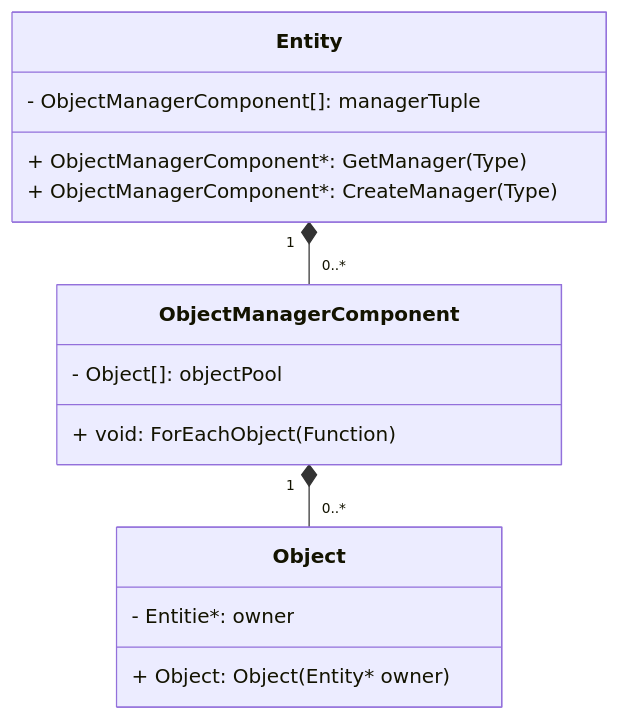
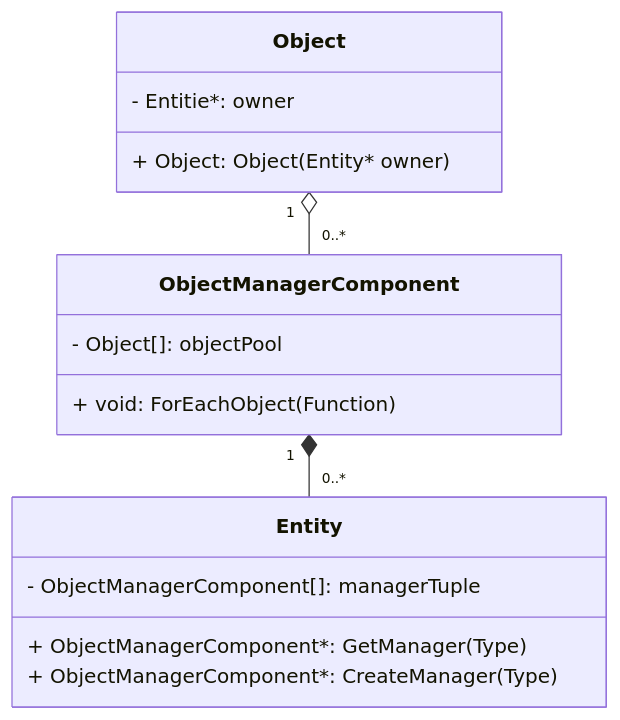
Before and after one commit to FoxLightning/btest: the second of 3 diagrams in Documentation/Architecture.md, drawn with Mermaid. The commit also changed other lines of this file, not shown here.

Commit message:
Architecture update

````diff
--- a/Documentation/Architecture.md
+++ b/Documentation/Architecture.md
@@ -55,23 +55,23 @@
 ```mermaid
 classDiagram
 %% Class definitions
     class Entity {
         - ObjectManagerComponent[]: managerTuple
         + ObjectManagerComponent*: GetManager(Type)
         + ObjectManagerComponent*: CreateManager(Type)
     }
 
     class ObjectManagerComponent {
         - Object[]: objectPool
         + void: ForEachObject(Function)
     }
 
     class Object {
         - Entitie*: owner
         + Object: Object(Entity* owner)
     }
 
 %% relationships
-    Entity "1" *-- "0..*" ObjectManagerComponent
-    ObjectManagerComponent "1" *-- "0..*" Object
+    ObjectManagerComponent "1" *-- "0..*" Entity
+    Object "1" o-- "0..*" ObjectManagerComponent
 ```
````
